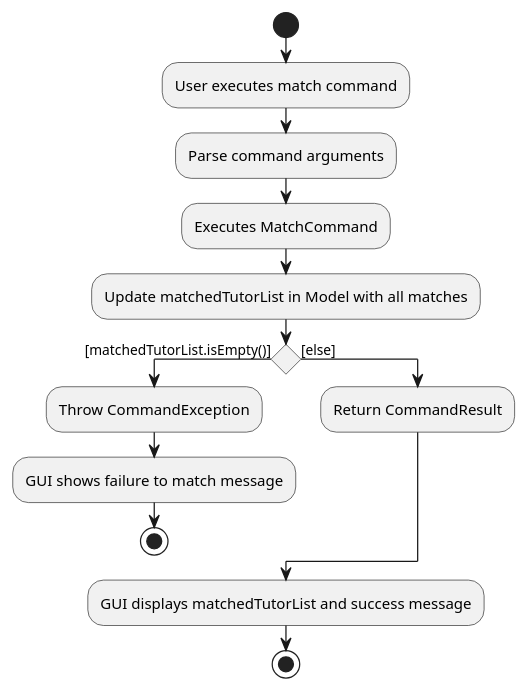
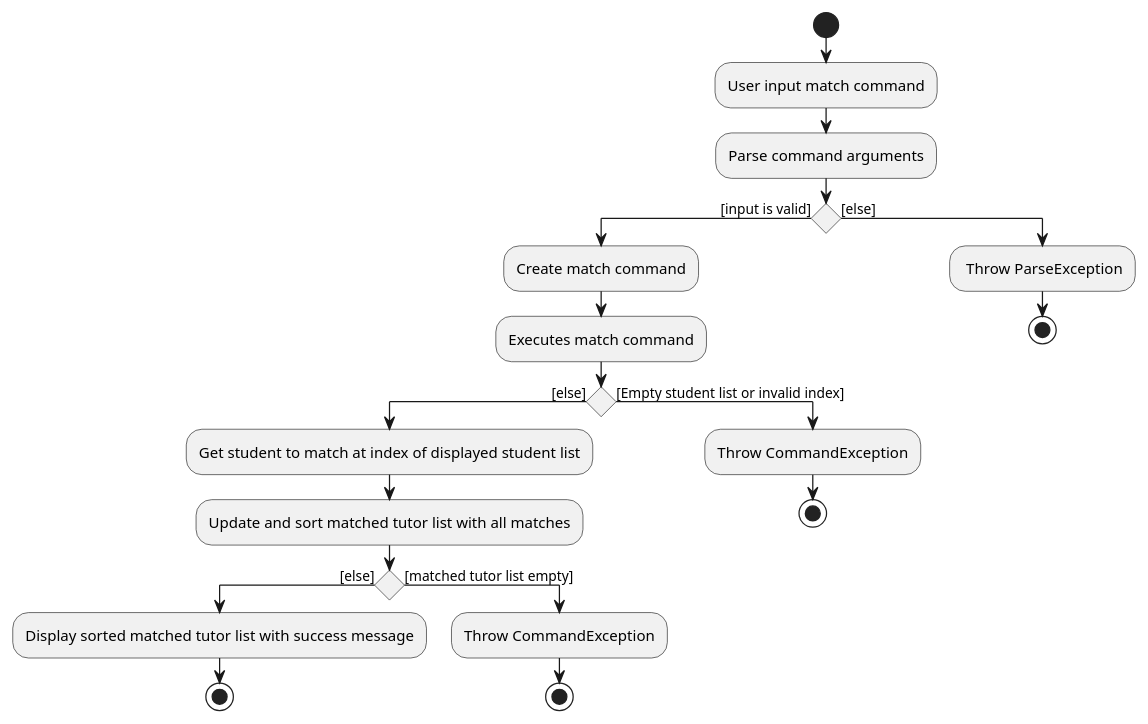
Before and after one commit to tenebrius1/tp: the diagram in docs/diagrams/MatchCommandActivityDiagram.puml, drawn with PlantUML. The commit also changed 5 other files, not shown here.

```diff
--- a/docs/diagrams/MatchCommandActivityDiagram.puml
+++ b/docs/diagrams/MatchCommandActivityDiagram.puml
@@ -1,21 +1,32 @@
 @startuml
 'https://plantuml.com/activity-diagram-beta
 
 start
-:User executes match command;
+:User input match command;
 :Parse command arguments;
-:Executes MatchCommand;
-:Update matchedTutorList in Model with all matches;
-if () then ([matchedTutorList.isEmpty()])
-  :Throw CommandException;
-  :GUI shows failure to match message;
+
+if () then ([input is valid])
+    :Create match command;
+    :Executes match command;
+    if () then ([else])
+        :Get student to match at index of displayed student list;
+        :Update and sort matched tutor list with all matches;
+        if () then ([else])
+            :Display sorted matched tutor list with success message;
+            stop
+        else ([matched tutor list empty])
+            :Throw CommandException;
+            stop
+        endif
+    else ([Empty student list or invalid index])
+        :Throw CommandException;
+        stop
+    endif
+else ([else])
+  : Throw ParseException;
     stop
-else ([else])
-  :Return CommandResult;
+
+
 endif
 
-:GUI displays matchedTutorList and success message;
-
-stop
-
 @enduml
```
